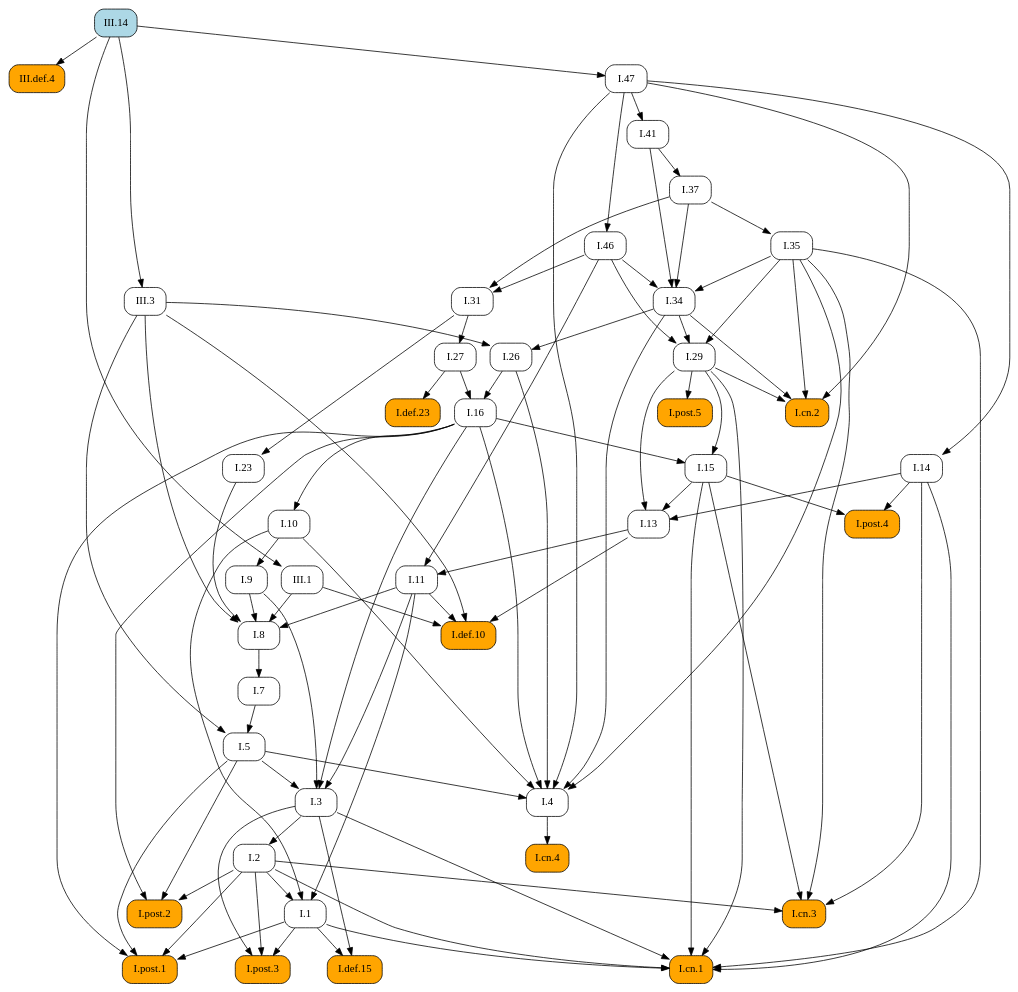
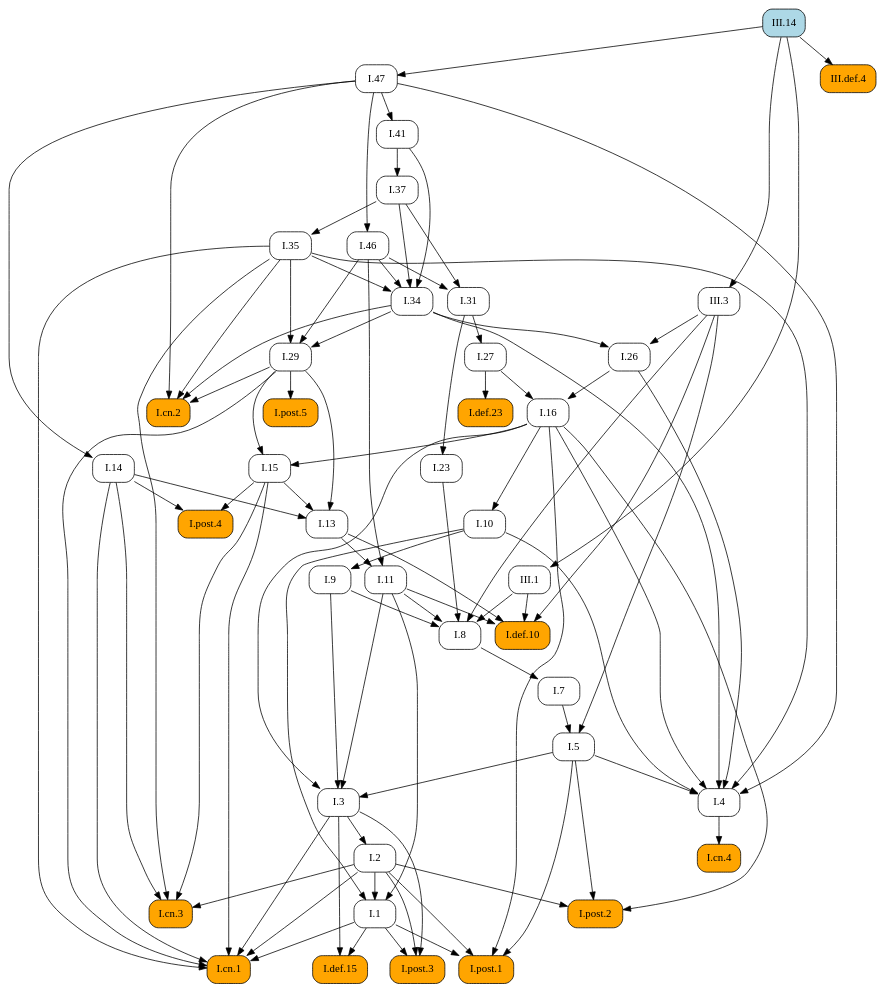
Before and after one commit to geometor/elements: the diagram in docsrc/heath/III/14/index.rst, drawn with Graphviz. The commit also changed other lines of this file and 1029 other files, not shown here.

```diff
--- a/docsrc/heath/III/14/index.rst
+++ b/docsrc/heath/III/14/index.rst
@@ -119,99 +119,105 @@
    digraph {
      rankdir="TB";
      node [shape=box, style=rounded];
-     "III.def.4" [style="rounded,filled", fillcolor=orange, URL="/heath/III/def.4/", target="_top"];
+     "I.def.10" [style="rounded,filled", fillcolor=orange, URL="/heath/I/def.10/", target="_top"];
+     "I.11" [URL="/heath/I/11/", target="_top"];
+     "I.post.4" [style="rounded,filled", fillcolor=orange, URL="/heath/I/post.4/", target="_top"];
+     "I.1" [URL="/heath/I/1/", target="_top"];
+     "I.26" [URL="/heath/I/26/", target="_top"];
+     "I.29" [URL="/heath/I/29/", target="_top"];
+     "I.cn.2" [style="rounded,filled", fillcolor=orange, URL="/heath/I/cn.2/", target="_top"];
+     "I.47" [URL="/heath/I/47/", target="_top"];
+     "I.def.15" [style="rounded,filled", fillcolor=orange, URL="/heath/I/def.15/", target="_top"];
+     "I.post.3" [style="rounded,filled", fillcolor=orange, URL="/heath/I/post.3/", target="_top"];
+     "I.cn.1" [style="rounded,filled", fillcolor=orange, URL="/heath/I/cn.1/", target="_top"];
      "I.cn.3" [style="rounded,filled", fillcolor=orange, URL="/heath/I/cn.3/", target="_top"];
-     "I.29" [URL="/heath/I/29/", target="_top"];
+     "I.14" [URL="/heath/I/14/", target="_top"];
+     "III.14" [style="rounded,filled", fillcolor=lightblue, URL="/heath/III/14/", target="_top"];
+     "I.23" [URL="/heath/I/23/", target="_top"];
+     "I.post.1" [style="rounded,filled", fillcolor=orange, URL="/heath/I/post.1/", target="_top"];
+     "I.35" [URL="/heath/I/35/", target="_top"];
+     "I.41" [URL="/heath/I/41/", target="_top"];
+     "I.27" [URL="/heath/I/27/", target="_top"];
+     "I.46" [URL="/heath/I/46/", target="_top"];
+     "I.37" [URL="/heath/I/37/", target="_top"];
+     "I.34" [URL="/heath/I/34/", target="_top"];
      "I.7" [URL="/heath/I/7/", target="_top"];
-     "I.27" [URL="/heath/I/27/", target="_top"];
-     "I.37" [URL="/heath/I/37/", target="_top"];
+     "I.3" [URL="/heath/I/3/", target="_top"];
+     "I.2" [URL="/heath/I/2/", target="_top"];
+     "I.4" [URL="/heath/I/4/", target="_top"];
      "I.def.23" [style="rounded,filled", fillcolor=orange, URL="/heath/I/def.23/", target="_top"];
-     "I.34" [URL="/heath/I/34/", target="_top"];
-     "I.8" [URL="/heath/I/8/", target="_top"];
+     "I.13" [URL="/heath/I/13/", target="_top"];
+     "I.31" [URL="/heath/I/31/", target="_top"];
+     "I.post.2" [style="rounded,filled", fillcolor=orange, URL="/heath/I/post.2/", target="_top"];
+     "I.16" [URL="/heath/I/16/", target="_top"];
      "I.9" [URL="/heath/I/9/", target="_top"];
      "III.3" [URL="/heath/III/3/", target="_top"];
      "III.1" [URL="/heath/III/1/", target="_top"];
-     "I.post.4" [style="rounded,filled", fillcolor=orange, URL="/heath/I/post.4/", target="_top"];
-     "I.2" [URL="/heath/I/2/", target="_top"];
-     "I.def.15" [style="rounded,filled", fillcolor=orange, URL="/heath/I/def.15/", target="_top"];
-     "I.1" [URL="/heath/I/1/", target="_top"];
-     "I.post.1" [style="rounded,filled", fillcolor=orange, URL="/heath/I/post.1/", target="_top"];
+     "I.8" [URL="/heath/I/8/", target="_top"];
      "I.cn.4" [style="rounded,filled", fillcolor=orange, URL="/heath/I/cn.4/", target="_top"];
-     "I.26" [URL="/heath/I/26/", target="_top"];
-     "I.23" [URL="/heath/I/23/", target="_top"];
-     "I.13" [URL="/heath/I/13/", target="_top"];
-     "I.cn.2" [style="rounded,filled", fillcolor=orange, URL="/heath/I/cn.2/", target="_top"];
+     "III.def.4" [style="rounded,filled", fillcolor=orange, URL="/heath/III/def.4/", target="_top"];
+     "I.15" [URL="/heath/I/15/", target="_top"];
+     "I.post.5" [style="rounded,filled", fillcolor=orange, URL="/heath/I/post.5/", target="_top"];
+     "I.10" [URL="/heath/I/10/", target="_top"];
      "I.5" [URL="/heath/I/5/", target="_top"];
-     "I.11" [URL="/heath/I/11/", target="_top"];
-     "I.10" [URL="/heath/I/10/", target="_top"];
-     "I.4" [URL="/heath/I/4/", target="_top"];
-     "I.3" [URL="/heath/I/3/", target="_top"];
-     "I.16" [URL="/heath/I/16/", target="_top"];
-     "I.31" [URL="/heath/I/31/", target="_top"];
-     "I.def.10" [style="rounded,filled", fillcolor=orange, URL="/heath/I/def.10/", target="_top"];
-     "I.46" [URL="/heath/I/46/", target="_top"];
-     "I.post.2" [style="rounded,filled", fillcolor=orange, URL="/heath/I/post.2/", target="_top"];
-     "I.post.3" [style="rounded,filled", fillcolor=orange, URL="/heath/I/post.3/", target="_top"];
-     "III.14" [style="rounded,filled", fillcolor=lightblue, URL="/heath/III/14/", target="_top"];
-     "I.post.5" [style="rounded,filled", fillcolor=orange, URL="/heath/I/post.5/", target="_top"];
-     "I.14" [URL="/heath/I/14/", target="_top"];
-     "I.35" [URL="/heath/I/35/", target="_top"];
-     "I.47" [URL="/heath/I/47/", target="_top"];
-     "I.15" [URL="/heath/I/15/", target="_top"];
-     "I.cn.1" [style="rounded,filled", fillcolor=orange, URL="/heath/I/cn.1/", target="_top"];
-     "I.41" [URL="/heath/I/41/", target="_top"];
-     "III.14" -> "III.def.4";
+     "I.11" -> "I.def.10";
+     "I.13" -> "I.def.10";
+     "III.1" -> "I.def.10";
+     "III.3" -> "I.def.10";
+     "I.13" -> "I.11";
+     "I.46" -> "I.11";
+     "I.14" -> "I.post.4";
+     "I.15" -> "I.post.4";
+     "I.2" -> "I.1";
+     "I.10" -> "I.1";
+     "I.11" -> "I.1";
+     "I.34" -> "I.26";
+     "III.3" -> "I.26";
+     "I.34" -> "I.29";
+     "I.35" -> "I.29";
+     "I.46" -> "I.29";
+     "I.29" -> "I.cn.2";
+     "I.34" -> "I.cn.2";
+     "I.35" -> "I.cn.2";
+     "I.47" -> "I.cn.2";
+     "III.14" -> "I.47";
+     "I.1" -> "I.def.15";
+     "I.3" -> "I.def.15";
+     "I.1" -> "I.post.3";
+     "I.2" -> "I.post.3";
+     "I.3" -> "I.post.3";
+     "I.1" -> "I.cn.1";
+     "I.2" -> "I.cn.1";
+     "I.3" -> "I.cn.1";
+     "I.14" -> "I.cn.1";
+     "I.15" -> "I.cn.1";
+     "I.29" -> "I.cn.1";
+     "I.35" -> "I.cn.1";
      "I.2" -> "I.cn.3";
      "I.14" -> "I.cn.3";
      "I.15" -> "I.cn.3";
      "I.35" -> "I.cn.3";
-     "I.34" -> "I.29";
-     "I.35" -> "I.29";
-     "I.46" -> "I.29";
-     "I.8" -> "I.7";
+     "I.47" -> "I.14";
+     "I.31" -> "I.23";
+     "I.1" -> "I.post.1";
+     "I.2" -> "I.post.1";
+     "I.5" -> "I.post.1";
+     "I.16" -> "I.post.1";
+     "I.37" -> "I.35";
+     "I.47" -> "I.41";
      "I.31" -> "I.27";
+     "I.47" -> "I.46";
      "I.41" -> "I.37";
-     "I.27" -> "I.def.23";
      "I.35" -> "I.34";
      "I.37" -> "I.34";
      "I.41" -> "I.34";
      "I.46" -> "I.34";
-     "I.9" -> "I.8";
-     "I.11" -> "I.8";
-     "I.23" -> "I.8";
-     "III.1" -> "I.8";
-     "III.3" -> "I.8";
-     "I.10" -> "I.9";
-     "III.14" -> "III.3";
-     "III.14" -> "III.1";
-     "I.14" -> "I.post.4";
-     "I.15" -> "I.post.4";
+     "I.8" -> "I.7";
+     "I.5" -> "I.3";
+     "I.9" -> "I.3";
+     "I.11" -> "I.3";
+     "I.16" -> "I.3";
      "I.3" -> "I.2";
-     "I.1" -> "I.def.15";
-     "I.3" -> "I.def.15";
-     "I.2" -> "I.1";
-     "I.10" -> "I.1";
-     "I.11" -> "I.1";
-     "I.1" -> "I.post.1";
-     "I.2" -> "I.post.1";
-     "I.5" -> "I.post.1";
-     "I.16" -> "I.post.1";
-     "I.4" -> "I.cn.4";
-     "I.34" -> "I.26";
-     "III.3" -> "I.26";
-     "I.31" -> "I.23";
-     "I.14" -> "I.13";
-     "I.15" -> "I.13";
-     "I.29" -> "I.13";
-     "I.29" -> "I.cn.2";
-     "I.34" -> "I.cn.2";
-     "I.35" -> "I.cn.2";
-     "I.47" -> "I.cn.2";
-     "I.7" -> "I.5";
-     "III.3" -> "I.5";
-     "I.13" -> "I.11";
-     "I.46" -> "I.11";
-     "I.16" -> "I.10";
      "I.5" -> "I.4";
      "I.10" -> "I.4";
      "I.16" -> "I.4";
@@ -219,37 +225,31 @@
      "I.34" -> "I.4";
      "I.35" -> "I.4";
      "I.47" -> "I.4";
-     "I.5" -> "I.3";
-     "I.9" -> "I.3";
-     "I.11" -> "I.3";
-     "I.16" -> "I.3";
-     "I.26" -> "I.16";
-     "I.27" -> "I.16";
+     "I.27" -> "I.def.23";
+     "I.14" -> "I.13";
+     "I.15" -> "I.13";
+     "I.29" -> "I.13";
      "I.37" -> "I.31";
      "I.46" -> "I.31";
-     "I.11" -> "I.def.10";
-     "I.13" -> "I.def.10";
-     "III.1" -> "I.def.10";
-     "III.3" -> "I.def.10";
-     "I.47" -> "I.46";
      "I.2" -> "I.post.2";
      "I.5" -> "I.post.2";
      "I.16" -> "I.post.2";
-     "I.1" -> "I.post.3";
-     "I.2" -> "I.post.3";
-     "I.3" -> "I.post.3";
-     "I.29" -> "I.post.5";
-     "I.47" -> "I.14";
-     "I.37" -> "I.35";
-     "III.14" -> "I.47";
+     "I.26" -> "I.16";
+     "I.27" -> "I.16";
+     "I.10" -> "I.9";
+     "III.14" -> "III.3";
+     "III.14" -> "III.1";
+     "I.9" -> "I.8";
+     "I.11" -> "I.8";
+     "I.23" -> "I.8";
+     "III.1" -> "I.8";
+     "III.3" -> "I.8";
+     "I.4" -> "I.cn.4";
+     "III.14" -> "III.def.4";
      "I.16" -> "I.15";
      "I.29" -> "I.15";
-     "I.1" -> "I.cn.1";
-     "I.2" -> "I.cn.1";
-     "I.3" -> "I.cn.1";
-     "I.14" -> "I.cn.1";
-     "I.15" -> "I.cn.1";
-     "I.29" -> "I.cn.1";
-     "I.35" -> "I.cn.1";
-     "I.47" -> "I.41";
+     "I.29" -> "I.post.5";
+     "I.16" -> "I.10";
+     "I.7" -> "I.5";
+     "III.3" -> "I.5";
    }
```
